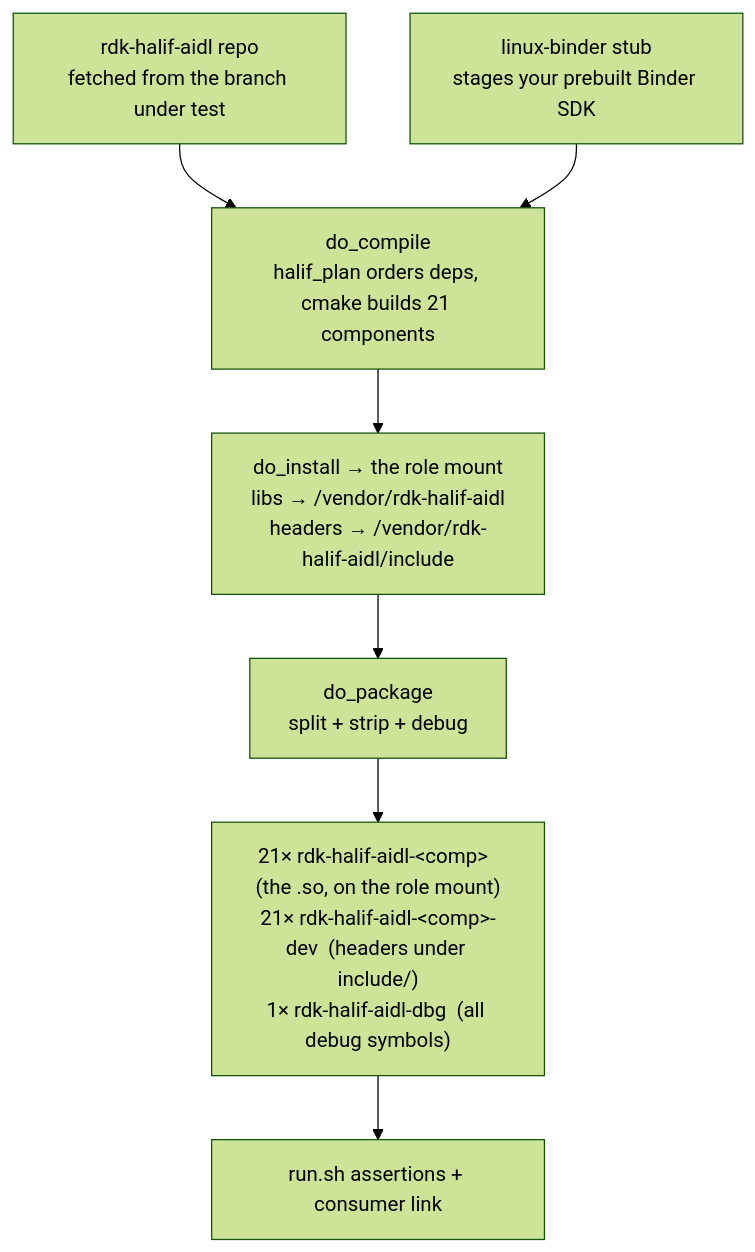
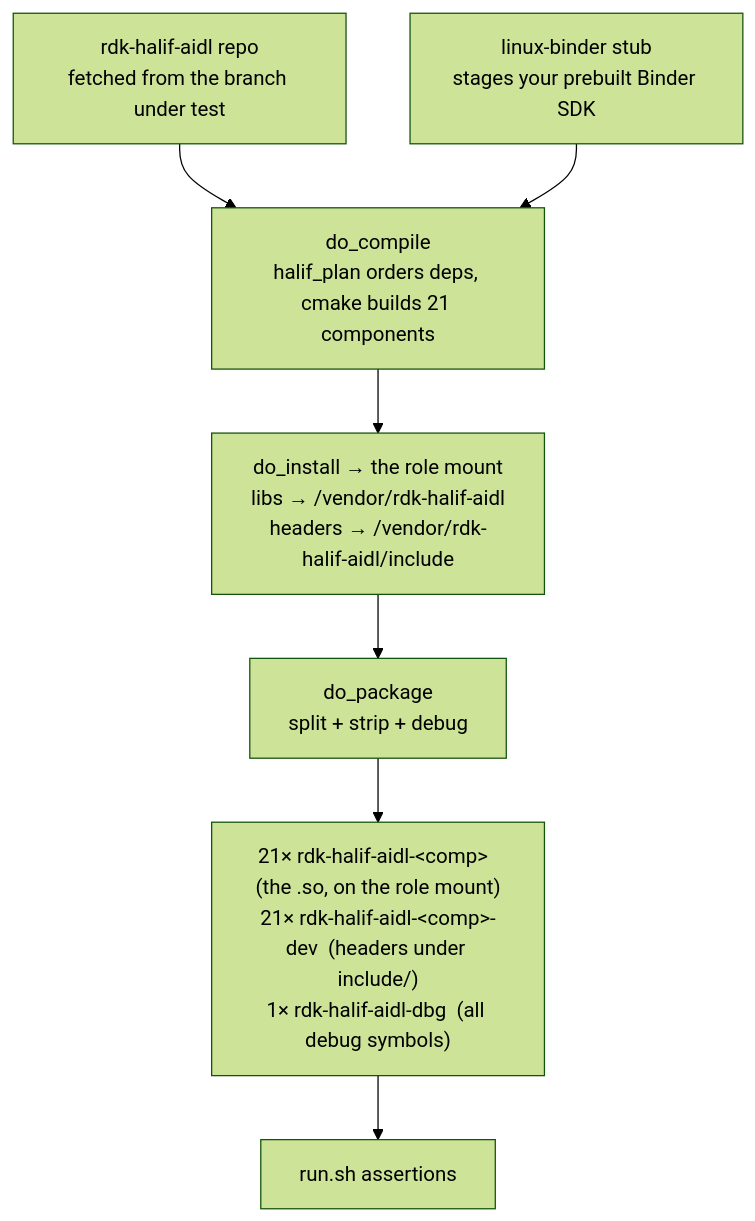
One commit to rdkcentral/rdk-halif-aidl changed the third of 3 diagrams in tests/yocto/bitbake/README.md. Above: the diagram before and after it, drawn with Mermaid (forest theme). The commit also changed other lines of this file and 15 other files, not shown here.

````diff
--- a/tests/yocto/bitbake/README.md
+++ b/tests/yocto/bitbake/README.md
@@ -56,9 +56,9 @@
 ```mermaid
 flowchart TD
     SRC["rdk-halif-aidl repo<br/>fetched from the branch under test"] --> CMP
     STUB["linux-binder stub<br/>stages your prebuilt Binder SDK"] --> CMP
     CMP["do_compile<br/>halif_plan orders deps, cmake builds 21 components"] --> INST
     INST["do_install → the role mount<br/>libs → /vendor/rdk-halif-aidl<br/>headers → /vendor/rdk-halif-aidl/include"] --> PKG
     PKG["do_package<br/>split + strip + debug"] --> OUT
-    OUT["21× rdk-halif-aidl-&lt;comp&gt;  (the .so, on the role mount)<br/>21× rdk-halif-aidl-&lt;comp&gt;-dev  (headers under include/)<br/>1× rdk-halif-aidl-dbg  (all debug symbols)"] --> AS["run.sh assertions + consumer link"]
+    OUT["21× rdk-halif-aidl-&lt;comp&gt;  (the .so, on the role mount)<br/>21× rdk-halif-aidl-&lt;comp&gt;-dev  (headers under include/)<br/>1× rdk-halif-aidl-dbg  (all debug symbols)"] --> AS["run.sh assertions"]
 ```
````
